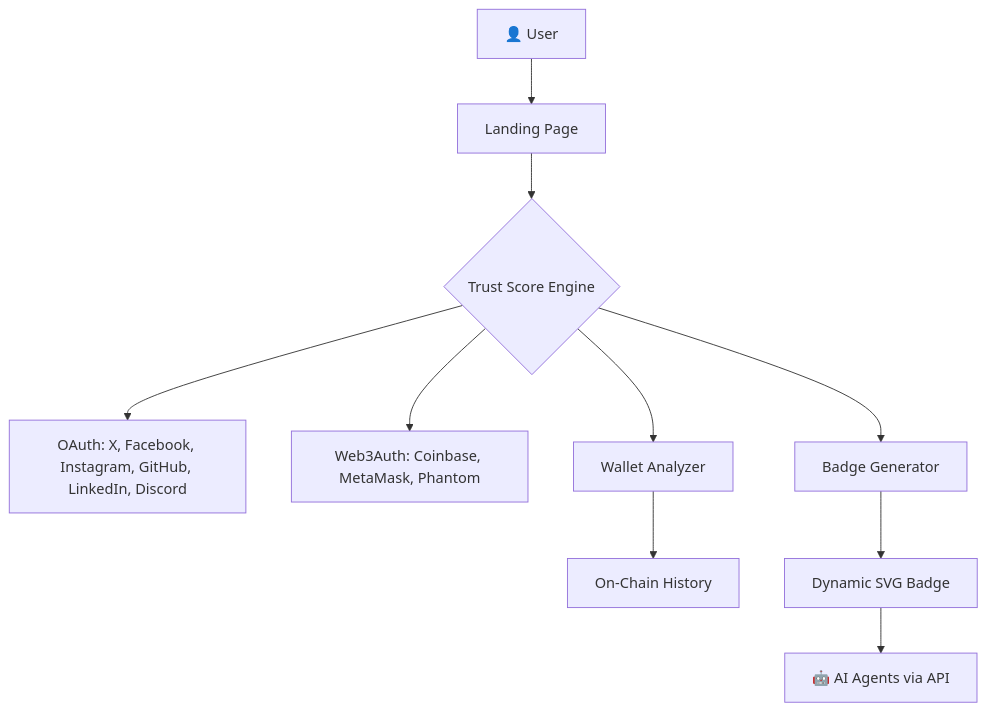
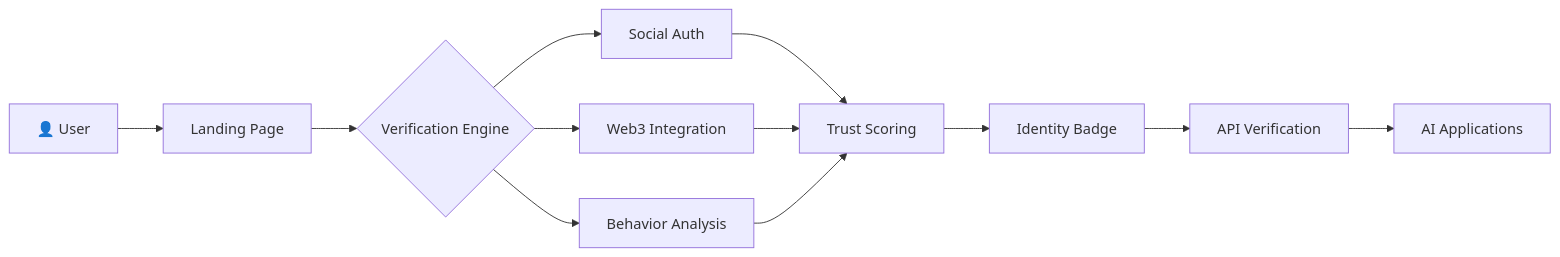
The diagram in README.md (Moeabdelaziz007/axiomid-project), drawn with Mermaid before and after one commit. The commit also changed other lines of this file, not shown here.

First line of the commit message:
docs: refactor README to emphasize AxiomID's unique design and real verification functionality

````diff
--- a/README.md
+++ b/README.md
@@ -185,12 +187,14 @@
 ```mermaid
-graph TD
+graph LR
     A[👤 User] --> B[Landing Page]
-    B --> C{Trust Score Engine}
-    C --> D[OAuth: X, Facebook, Instagram, GitHub, LinkedIn, Discord]
-    C --> E[Web3Auth: Coinbase, MetaMask, Phantom]
-    C --> F[Wallet Analyzer]
-    F --> G[On-Chain History]
-    C --> H[Badge Generator]
-    H --> I[Dynamic SVG Badge]
-    I --> J[🤖 AI Agents via API]
+    B --> C{Verification Engine}
+    C --> D[Social Auth]
+    C --> E[Web3 Integration]
+    C --> F[Behavior Analysis]
+    D --> G[Trust Scoring]
+    E --> G
+    F --> G
+    G --> H[Identity Badge]
+    H --> I[API Verification]
+    I --> J[AI Applications]
 ```
````
